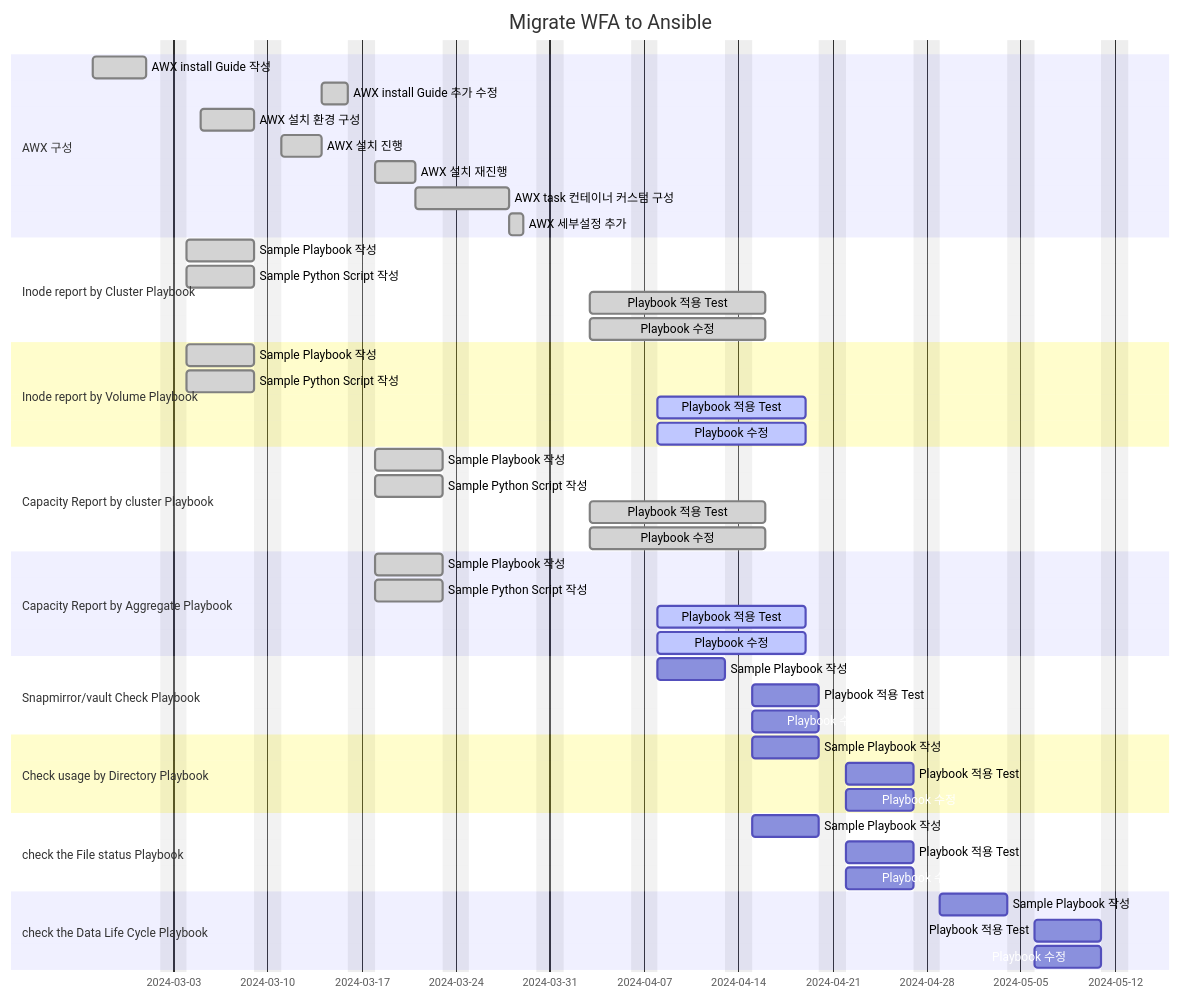
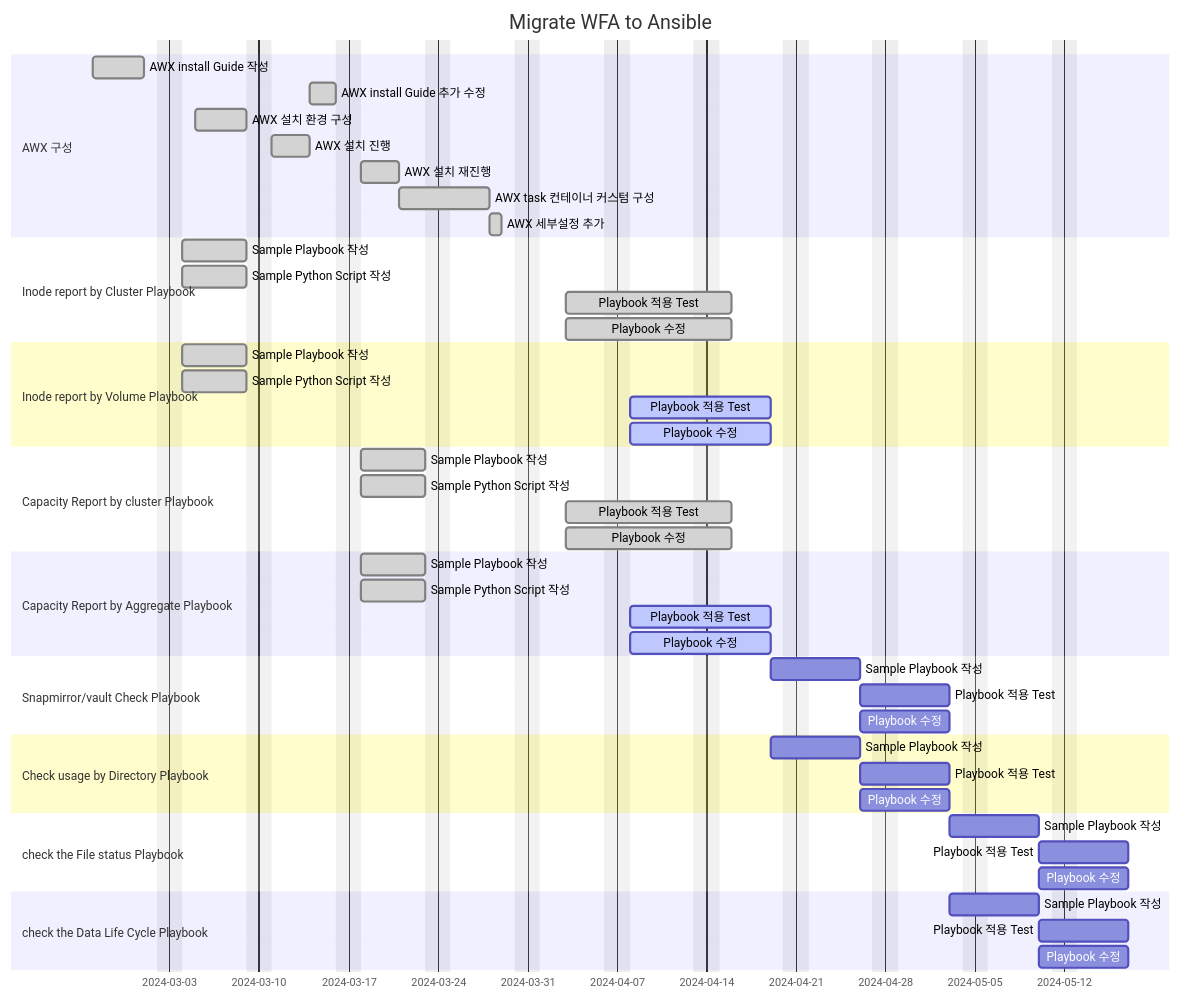
One commit to netappkr/AnsiblePlaybook changed the diagram in SKHynix/Readme.md. Above: the diagram before and after it, drawn with Mermaid.

````diff
--- a/SKHynix/Readme.md
+++ b/SKHynix/Readme.md
@@ -70,60 +70,60 @@
 ```mermaid
 gantt
     title Migrate WFA to Ansible
     dateFormat  YYYY-MM-DD
     excludes    weekends
 
     section AWX 구성
     AWX install Guide 작성  : done, awx1, 2024-02-26, 4d
     AWX install Guide 추가 수정  : done, awx1-1, after awx3, 2d
     AWX 설치 환경 구성  : done, awx2, 2024-03-05, 4d
     AWX 설치 진행 : done, awx3, after awx2 , 3d
     AWX 설치 재진행 : done, awx3-1, after awx1-1 , 3d
     AWX task 컨테이너 커스텀 구성: done, awx3-2, after awx3-1, 5d
     AWX 세부설정 추가 : done, awx4, after awx3-2, 1d
     
 
     section Inode report by Cluster Playbook
     Sample Playbook 작성 : done, p1-1, 2024-03-04, 5d
     Sample Python Script 작성 : done, p1-2, 2024-03-04, 5d
     Playbook 적용 Test: done, p1-3, 2024-04-03,  9d
     Playbook 수정 : done, p1-4, 2024-04-03 , 9d
 
     section Inode report by Volume Playbook
     Sample Playbook 작성 : done, p2-1, 2024-03-04, 5d
     Sample Python Script 작성 : done, p2-2, 2024-03-04, 5d
     Playbook 적용 Test: active, p2-3, 2024-04-08,  9d
     Playbook 수정 : active, p2-4, 2024-04-08 , 9d
 
     section Capacity Report by cluster Playbook
     Sample Playbook 작성 : done, p3-1, 2024-03-18, 5d
     Sample Python Script 작성 : done, p3-2, 2024-03-18, 5d
     Playbook 적용 Test: done, p3-3, 2024-04-03,  9d
     Playbook 수정 : done, p3-4, 2024-04-03 , 9d
 
     section Capacity Report by Aggregate Playbook
     Sample Playbook 작성 : done, p4-1, 2024-03-18, 5d
     Sample Python Script 작성 : done, p4-2, 2024-03-18, 5d
     Playbook 적용 Test: active, p4-3, 2024-04-08,  9d
     Playbook 수정 : active, p4-4, 2024-04-08 , 9d
 
     section Snapmirror/vault Check Playbook
-    Sample Playbook 작성 : p6-1, 2024-04-08, 5d
+    Sample Playbook 작성 : p6-1, after p4-4, 5d
     Playbook 적용 Test: p6-2, after p6-1,  5d
     Playbook 수정 : p6-3, after p6-1 , 5d
 
     section Check usage by Directory Playbook
-    Sample Playbook 작성 : p7-1, 2024-04-15, 5d
+    Sample Playbook 작성 : p7-1, after p4-4, 5d
     Playbook 적용 Test: p7-2, after p7-1,  5d
     Playbook 수정 : p7-3, after p7-1 , 5d
 
     section check the File status Playbook
-    Sample Playbook 작성 : p8-1, 2024-04-15, 5d
+    Sample Playbook 작성 : p8-1, after p7-3, 5d
     Playbook 적용 Test: p8-2, after p8-1,  5d
     Playbook 수정 : p8-3, after p8-1 , 5d
 
     section check the Data Life Cycle Playbook
-    Sample Playbook 작성 : p10-1, 2024-04-29, 5d
+    Sample Playbook 작성 : p10-1, after p7-3, 5d
     Playbook 적용 Test: p10-2, after p10-1,  5d
     Playbook 수정 : p10-3, after p10-1 , 5d
 ```
````
